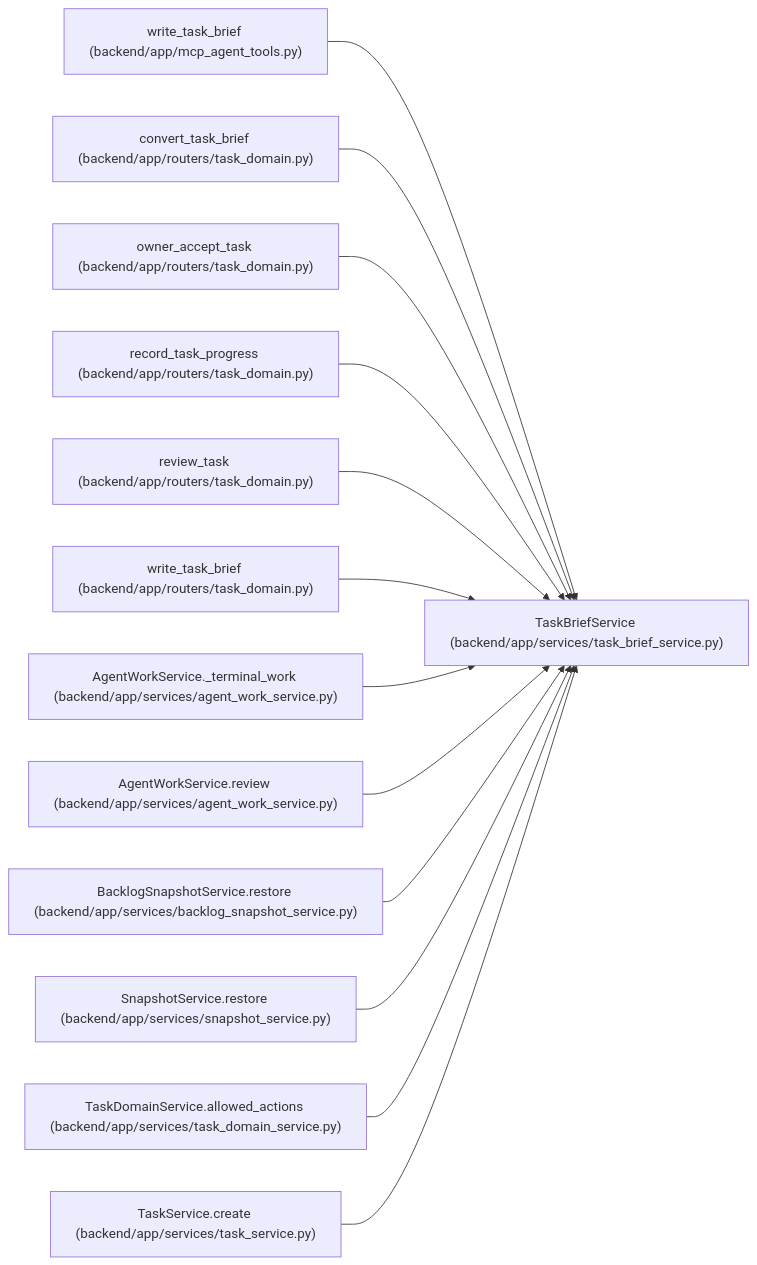
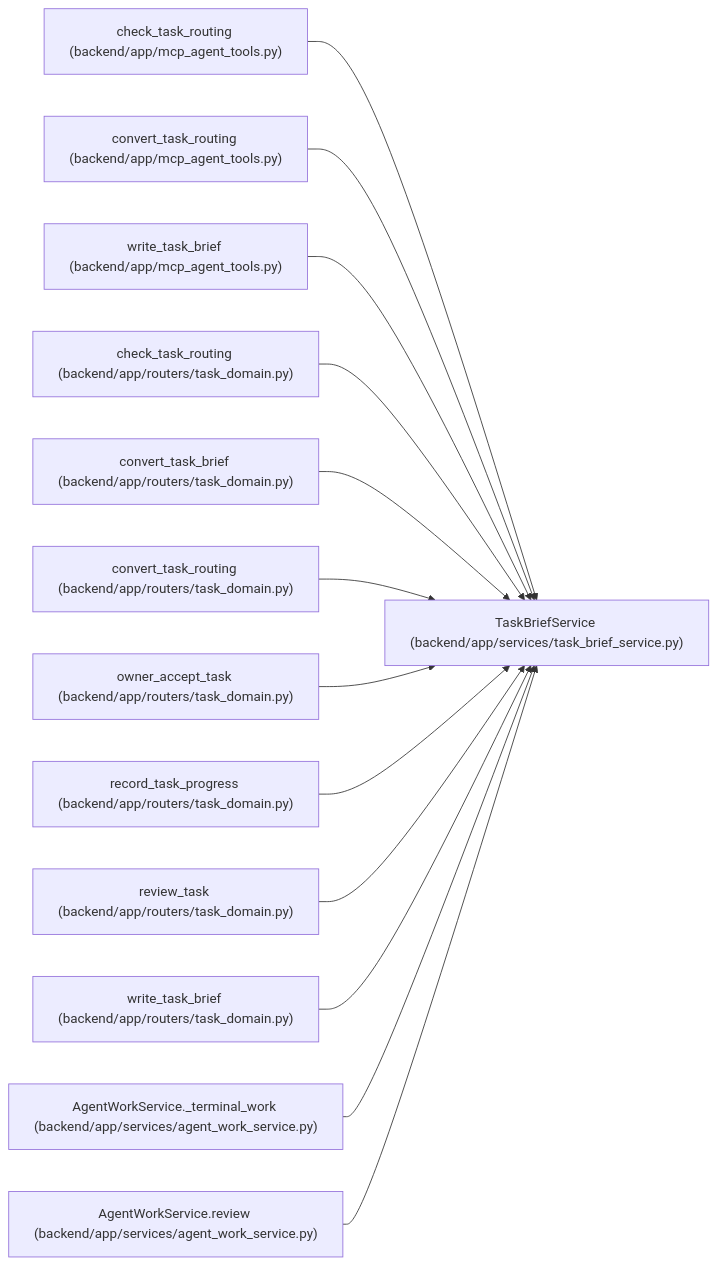
Before and after one commit to Denissvgn/WorkChord: the diagram in docs/llm_wiki/entities/TaskBriefService.md, drawn with Mermaid. The commit also changed other lines of this file and 981 other files, not shown here.

Commit message:
Sync the architectural wiki for structured task routing

````diff
--- a/docs/llm_wiki/entities/TaskBriefService.md
+++ b/docs/llm_wiki/entities/TaskBriefService.md
@@ -37,41 +39,41 @@
 ```mermaid
 flowchart LR
     n0["TaskBriefService (backend/app/services/task_brief_service.py)"]
-    n1["write_task_brief (backend/app/mcp_agent_tools.py)"]
-    n2["convert_task_brief (backend/app/routers/task_domain.py)"]
-    n3["owner_accept_task (backend/app/routers/task_domain.py)"]
-    n4["record_task_progress (backend/app/routers/task_domain.py)"]
-    n5["review_task (backend/app/routers/task_domain.py)"]
-    n6["write_task_brief (backend/app/routers/task_domain.py)"]
-    n7["AgentWorkService._terminal_work (backend/app/services/agent_work_service.py)"]
-    n8["AgentWorkService.review (backend/app/services/agent_work_service.py)"]
-    n9["BacklogSnapshotService.restore (backend/app/services/backlog_snapshot_service.py)"]
-    n10["SnapshotService.restore (backend/app/services/snapshot_service.py)"]
-    n11["TaskDomainService.allowed_actions (backend/app/services/task_domain_service.py)"]
-    n12["TaskService.create (backend/app/services/task_service.py)"]
+    n1["check_task_routing (backend/app/mcp_agent_tools.py)"]
+    n2["convert_task_routing (backend/app/mcp_agent_tools.py)"]
+    n3["write_task_brief (backend/app/mcp_agent_tools.py)"]
+    n4["check_task_routing (backend/app/routers/task_domain.py)"]
+    n5["convert_task_brief (backend/app/routers/task_domain.py)"]
+    n6["convert_task_routing (backend/app/routers/task_domain.py)"]
+    n7["owner_accept_task (backend/app/routers/task_domain.py)"]
+    n8["record_task_progress (backend/app/routers/task_domain.py)"]
+    n9["review_task (backend/app/routers/task_domain.py)"]
+    n10["write_task_brief (backend/app/routers/task_domain.py)"]
+    n11["AgentWorkService._terminal_work (backend/app/services/agent_work_service.py)"]
+    n12["AgentWorkService.review (backend/app/services/agent_work_service.py)"]
     n1 --> n0
     n2 --> n0
     n3 --> n0
     n4 --> n0
     n5 --> n0
     n6 --> n0
     n7 --> n0
     n8 --> n0
     n9 --> n0
     n10 --> n0
     n11 --> n0
     n12 --> n0
     click n0 "../modules/task_brief_service.md"
     click n1 "../modules/mcp_agent_tools.md"
-    click n2 "../modules/routers_task_domain.md"
-    click n3 "../modules/routers_task_domain.md"
+    click n2 "../modules/mcp_agent_tools.md"
+    click n3 "../modules/mcp_agent_tools.md"
     click n4 "../modules/routers_task_domain.md"
     click n5 "../modules/routers_task_domain.md"
     click n6 "../modules/routers_task_domain.md"
-    click n7 "../modules/agent_work_service.md"
-    click n8 "../modules/agent_work_service.md"
-    click n9 "../modules/backlog_snapshot_service.md"
-    click n10 "../modules/snapshot_service.md"
-    click n11 "../modules/task_domain_service.md"
-    click n12 "../modules/task_service.md"
+    click n7 "../modules/routers_task_domain.md"
+    click n8 "../modules/routers_task_domain.md"
+    click n9 "../modules/routers_task_domain.md"
+    click n10 "../modules/routers_task_domain.md"
+    click n11 "../modules/agent_work_service.md"
+    click n12 "../modules/agent_work_service.md"
 ```
````
